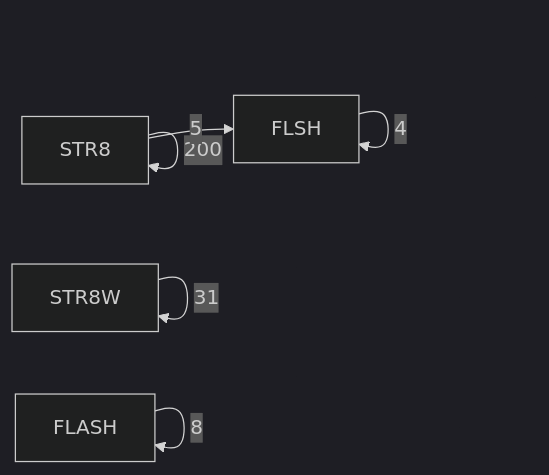
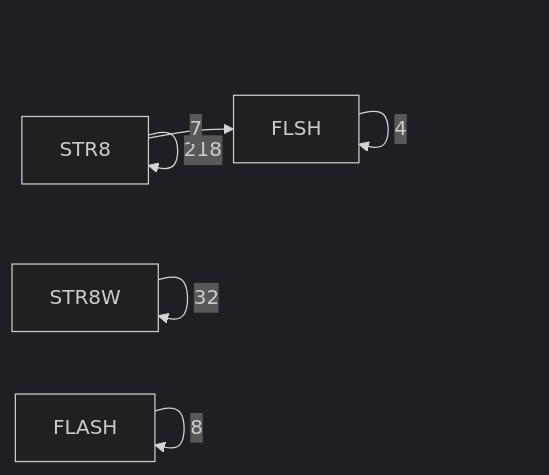
One commit to 95westus/R-YORS changed the fifth of 6 diagrams in DOC/GENERATED/ROUTINE_CLASS_DIAGRAM.md. Above: the diagram before and after it, drawn with Mermaid (dark theme). The commit also changed other lines of this file and 59 other files, not shown here.

````diff
--- a/DOC/GENERATED/ROUTINE_CLASS_DIAGRAM.md
+++ b/DOC/GENERATED/ROUTINE_CLASS_DIAGRAM.md
@@ -78,8 +78,8 @@
 ```mermaid
 flowchart LR
-    P_STR8[STR8] -->|200| P_STR8[STR8]
-    P_STR8W[STR8W] -->|31| P_STR8W[STR8W]
+    P_STR8[STR8] -->|218| P_STR8[STR8]
+    P_STR8W[STR8W] -->|32| P_STR8W[STR8W]
     P_FLASH[FLASH] -->|8| P_FLASH[FLASH]
-    P_STR8[STR8] -->|5| P_FLSH[FLSH]
+    P_STR8[STR8] -->|7| P_FLSH[FLSH]
     P_FLSH[FLSH] -->|4| P_FLSH[FLSH]
 ```
````
